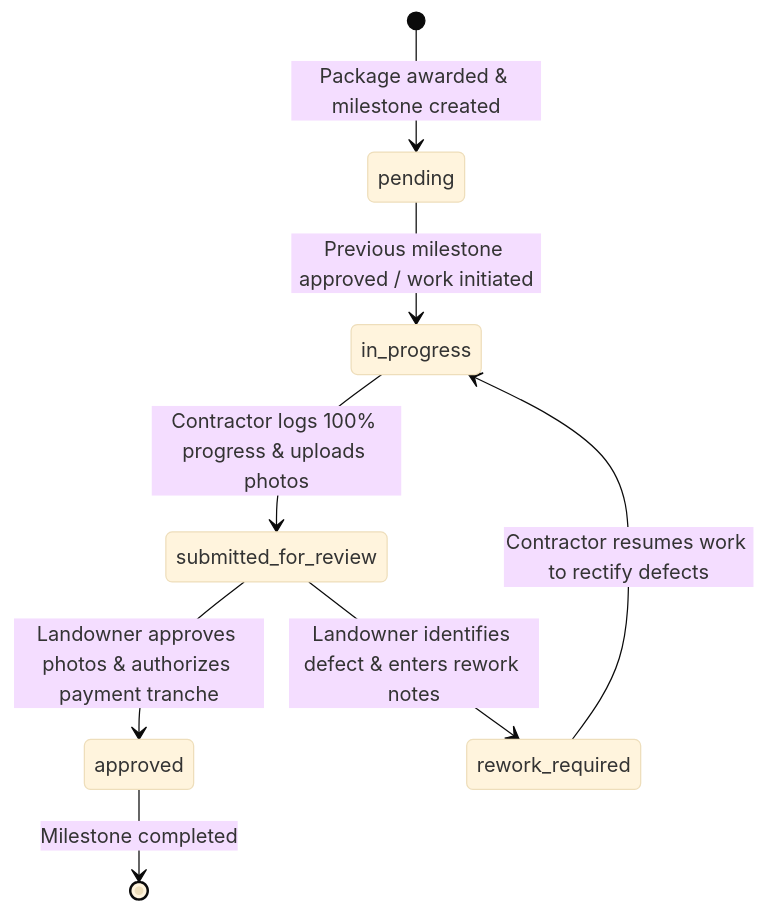
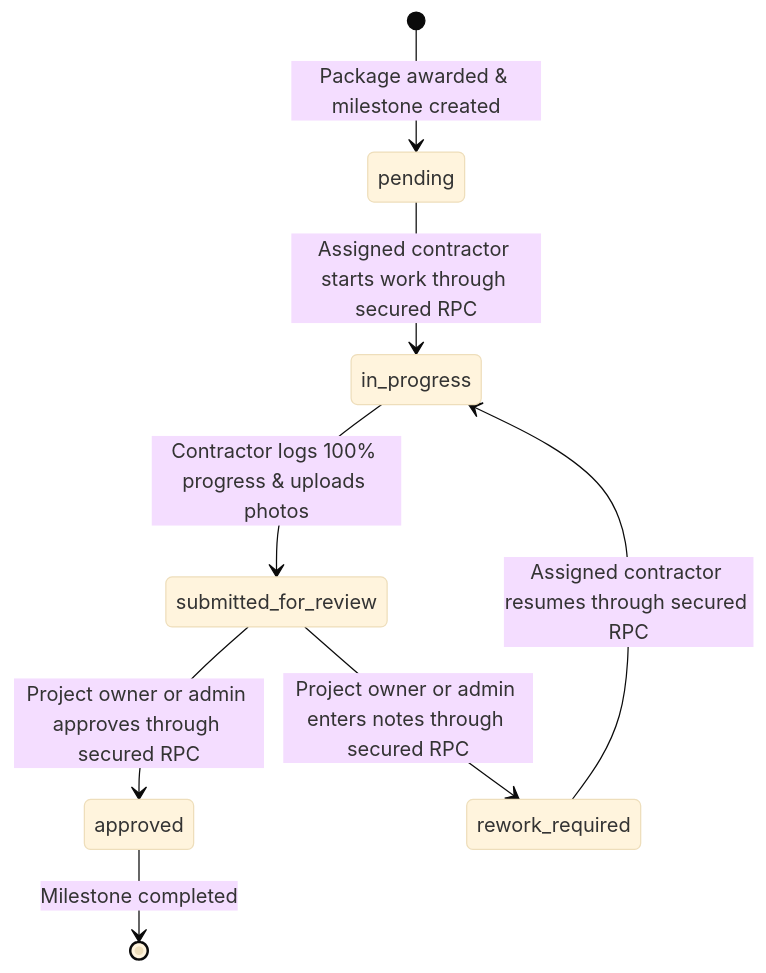
The fifth of 6 diagrams in docs/03-system-design/11-state-diagrams.md (Mahmoud-ELsayed520/BuildMatch), drawn with Mermaid (base theme) before and after one commit. The commit also changed 45 other files, not shown here.

````diff
--- a/docs/03-system-design/11-state-diagrams.md
+++ b/docs/03-system-design/11-state-diagrams.md
@@ -171,15 +171,15 @@
 ```mermaid
 stateDiagram-v2
   [*] --> pending : Package awarded & milestone created
 
-  pending --> in_progress : Previous milestone approved / work initiated
+  pending --> in_progress : Assigned contractor starts work through secured RPC
 
   in_progress --> submitted_for_review : Contractor logs 100% progress & uploads photos
 
-  submitted_for_review --> approved : Landowner approves photos & authorizes payment tranche
-  submitted_for_review --> rework_required : Landowner identifies defect & enters rework notes
+  submitted_for_review --> approved : Project owner or admin approves through secured RPC
+  submitted_for_review --> rework_required : Project owner or admin enters notes through secured RPC
 
-  rework_required --> in_progress : Contractor resumes work to rectify defects
+  rework_required --> in_progress : Assigned contractor resumes through secured RPC
 
   approved --> [*] : Milestone completed
 ```
````
